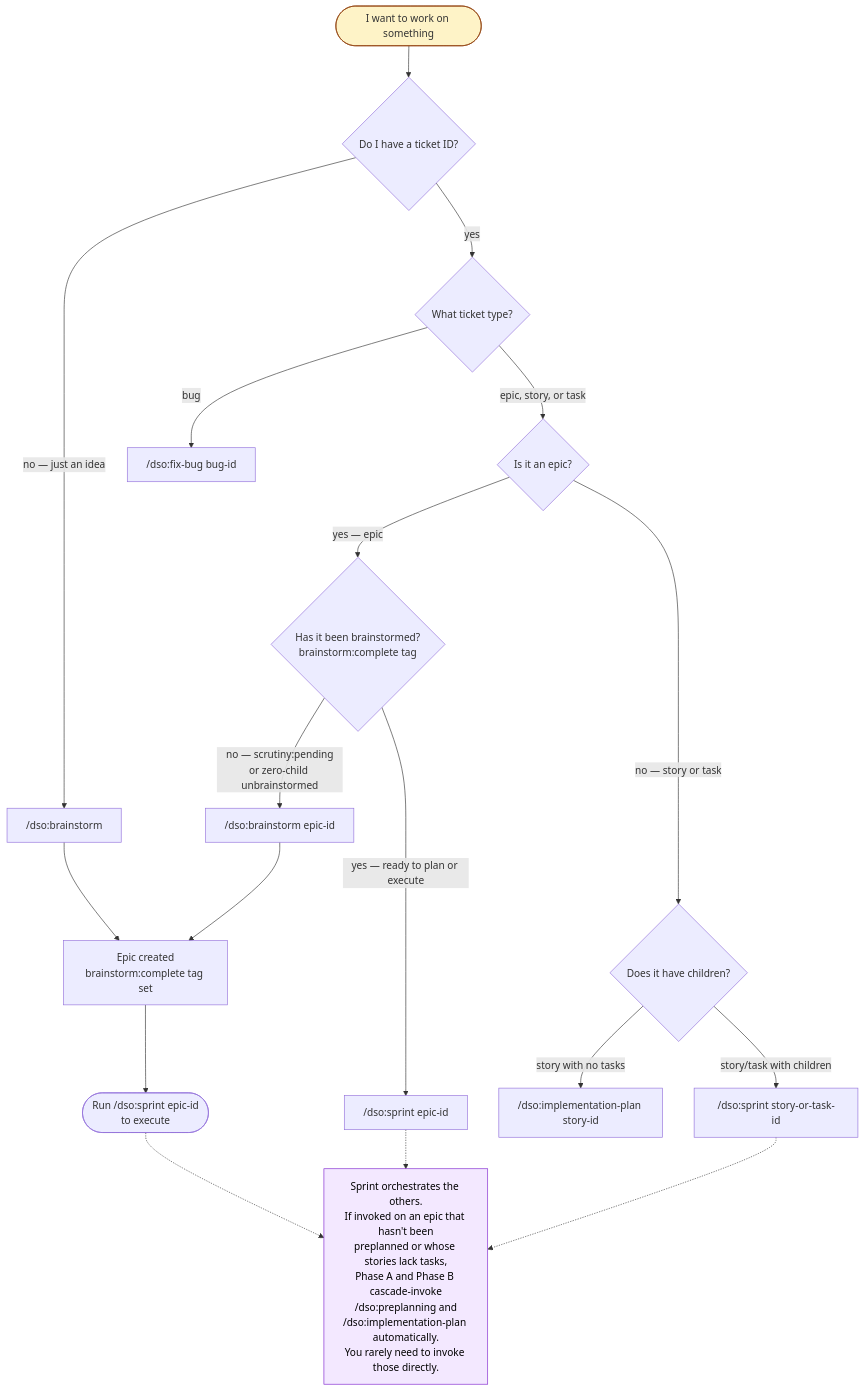
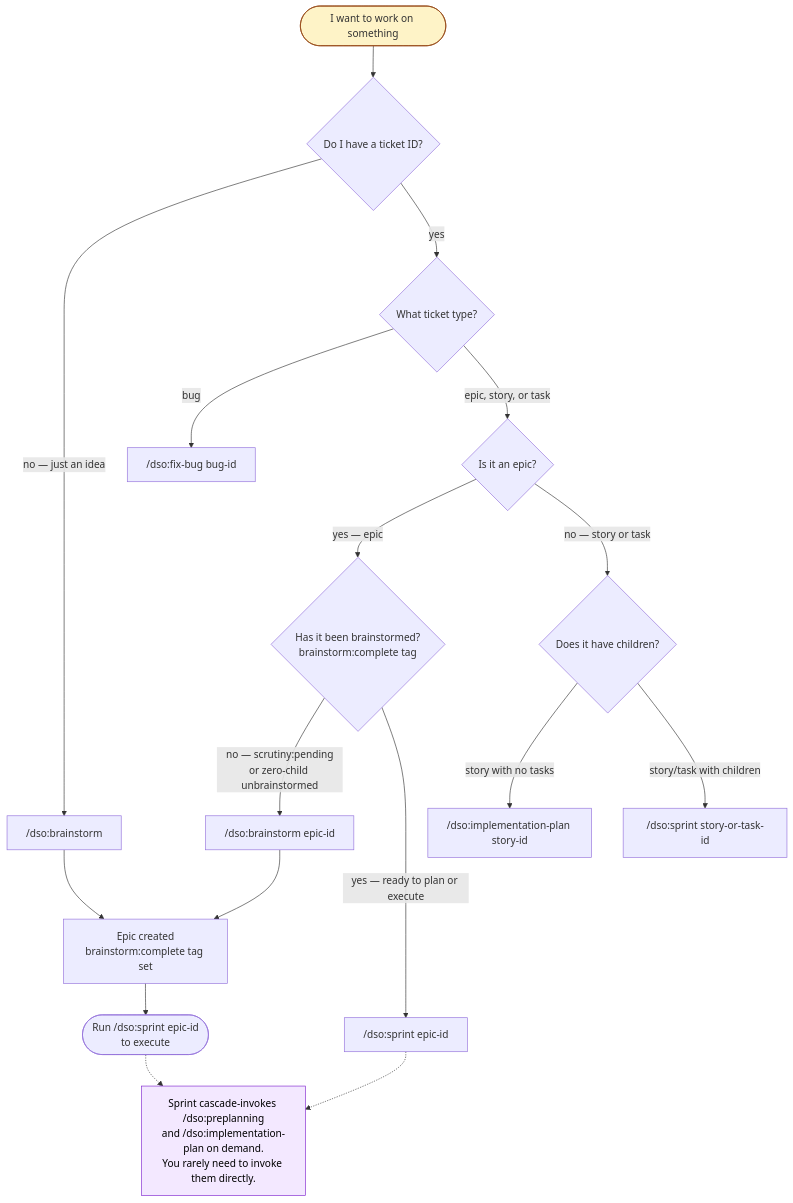
The diagram in docs/architecture/diagrams/01-skill-entry-decision-tree.mmd (navapbc/digital-service-orchestra), drawn with Mermaid before and after one commit. The commit also changed 37 other files, not shown here.

```diff
--- a/docs/architecture/diagrams/01-skill-entry-decision-tree.mmd
+++ b/docs/architecture/diagrams/01-skill-entry-decision-tree.mmd
@@ -1,31 +1,30 @@
 flowchart TD
   start([I want to work on something]):::start
   q1{Do I have a ticket ID?}
   start --> q1
 
   q1 -->|no — just an idea| bs1["/dso:brainstorm"]
   q1 -->|yes| q2{What ticket type?}
 
   q2 -->|bug| fb["/dso:fix-bug bug-id"]
   q2 -->|epic, story, or task| q3{Is it an epic?}
 
   q3 -->|yes — epic| q4{Has it been brainstormed?<br/>brainstorm:complete tag}
   q3 -->|no — story or task| q5{Does it have children?}
 
   q4 -->|no — scrutiny:pending<br/>or zero-child unbrainstormed| bs2["/dso:brainstorm epic-id"]
   q4 -->|yes — ready to plan or execute| sp1["/dso:sprint epic-id"]
 
   q5 -->|story with no tasks| ip1["/dso:implementation-plan story-id"]
   q5 -->|story/task with children| sp2["/dso:sprint story-or-task-id"]
 
   bs1 --> bs_out[Epic created<br/>brainstorm:complete tag set]
   bs2 --> bs_out
   bs_out --> sp_route([Run /dso:sprint epic-id<br/>to execute])
 
-  note["Sprint orchestrates the others.<br/>If invoked on an epic that hasn't been<br/>preplanned or whose stories lack tasks,<br/>Phase A and Phase B cascade-invoke<br/>/dso:preplanning and<br/>/dso:implementation-plan automatically.<br/>You rarely need to invoke those directly."]:::note
+  note["Sprint cascade-invokes /dso:preplanning<br/>and /dso:implementation-plan on demand.<br/>You rarely need to invoke them directly."]:::note
   sp1 -.-> note
-  sp2 -.-> note
   sp_route -.-> note
 
   classDef start fill:#fef3c7,stroke:#92400e
   classDef note fill:#f3e8ff,stroke:#7e22ce,color:#000
```
